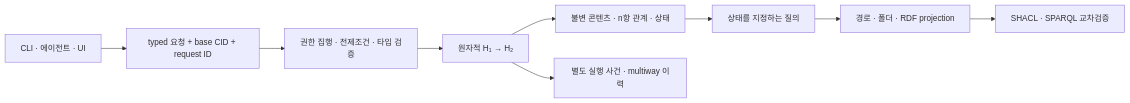
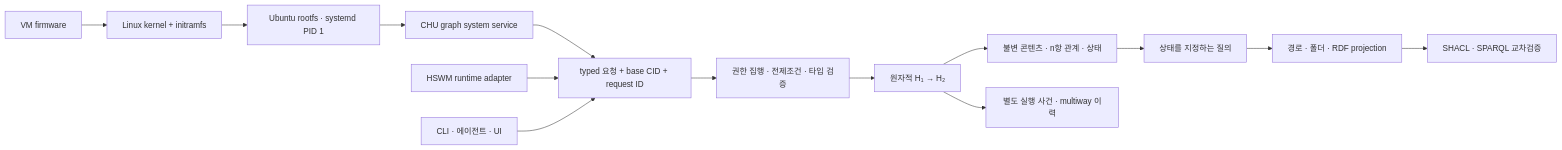
Before and after one commit to gj3447/CHU: the diagram in spec/ARCHITECTURE.md, drawn with Mermaid. The commit also changed other lines of this file and 18 other files, not shown here.

Commit message:
Add verified Ubuntu VM substrate for CHU OS

````diff
--- a/spec/ARCHITECTURE.md
+++ b/spec/ARCHITECTURE.md
@@ -10,11 +13,16 @@
 ```mermaid
 flowchart LR
-  Agent["CLI · 에이전트 · UI"] --> Request["typed 요청 + base CID + request ID"]
+  Firmware["VM firmware"] --> Linux["Linux kernel + initramfs"]
+  Linux --> PID1["Ubuntu rootfs · systemd PID 1"]
+  PID1 --> CHU["CHU graph system service"]
+  CHU --> Request["typed 요청 + base CID + request ID"]
+  HSWM["HSWM runtime adapter"] --> Request
+  Agent["CLI · 에이전트 · UI"] --> Request
   Request --> Gate["권한 집행 · 전제조건 · 타입 검증"]
   Gate --> Rewrite["원자적 H₁ → H₂"]
   Rewrite --> Objects["불변 콘텐츠 · n항 관계 · 상태"]
   Rewrite --> Events["별도 실행 사건 · multiway 이력"]
   Objects --> Query["상태를 지정하는 질의"]
   Query --> Views["경로 · 폴더 · RDF projection"]
   Views --> Checks["SHACL · SPARQL 교차검증"]
 ```
````
